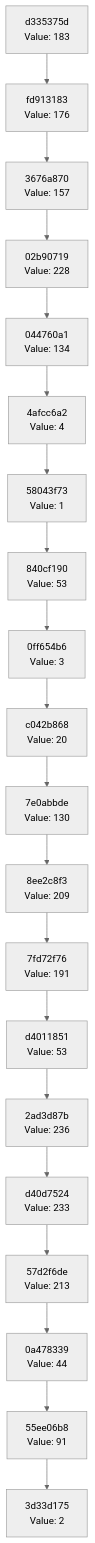
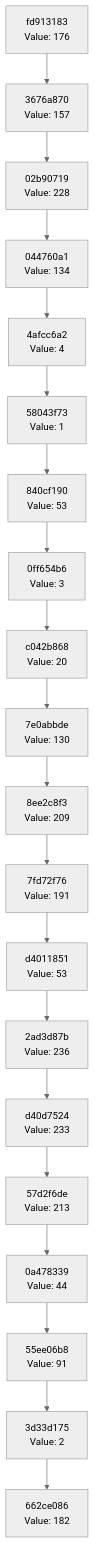
The diagram in docs/CHAIN_VISUALIZATION.md (Abhisheksinha1506/hash-chain-evolver), drawn with Mermaid (neutral theme) before and after one commit. The commit also changed 3 other files, not shown here.

````diff
--- a/docs/CHAIN_VISUALIZATION.md
+++ b/docs/CHAIN_VISUALIZATION.md
@@ -3,42 +3,42 @@
 ```mermaid
 graph TD
-    C0["3d33d175<br/>Value: 2"]
-    C1["55ee06b8<br/>Value: 91"]
+    C0["662ce086<br/>Value: 182"]
+    C1["3d33d175<br/>Value: 2"]
     C1 --> C0
-    C2["0a478339<br/>Value: 44"]
+    C2["55ee06b8<br/>Value: 91"]
     C2 --> C1
-    C3["57d2f6de<br/>Value: 213"]
+    C3["0a478339<br/>Value: 44"]
     C3 --> C2
-    C4["d40d7524<br/>Value: 233"]
+    C4["57d2f6de<br/>Value: 213"]
     C4 --> C3
-    C5["2ad3d87b<br/>Value: 236"]
+    C5["d40d7524<br/>Value: 233"]
     C5 --> C4
-    C6["d4011851<br/>Value: 53"]
+    C6["2ad3d87b<br/>Value: 236"]
     C6 --> C5
-    C7["7fd72f76<br/>Value: 191"]
+    C7["d4011851<br/>Value: 53"]
     C7 --> C6
-    C8["8ee2c8f3<br/>Value: 209"]
+    C8["7fd72f76<br/>Value: 191"]
     C8 --> C7
-    C9["7e0abbde<br/>Value: 130"]
+    C9["8ee2c8f3<br/>Value: 209"]
     C9 --> C8
-    C10["c042b868<br/>Value: 20"]
+    C10["7e0abbde<br/>Value: 130"]
     C10 --> C9
-    C11["0ff654b6<br/>Value: 3"]
+    C11["c042b868<br/>Value: 20"]
     C11 --> C10
-    C12["840cf190<br/>Value: 53"]
+    C12["0ff654b6<br/>Value: 3"]
     C12 --> C11
-    C13["58043f73<br/>Value: 1"]
+    C13["840cf190<br/>Value: 53"]
     C13 --> C12
-    C14["4afcc6a2<br/>Value: 4"]
+    C14["58043f73<br/>Value: 1"]
     C14 --> C13
-    C15["044760a1<br/>Value: 134"]
+    C15["4afcc6a2<br/>Value: 4"]
     C15 --> C14
-    C16["02b90719<br/>Value: 228"]
+    C16["044760a1<br/>Value: 134"]
     C16 --> C15
-    C17["3676a870<br/>Value: 157"]
+    C17["02b90719<br/>Value: 228"]
     C17 --> C16
-    C18["fd913183<br/>Value: 176"]
+    C18["3676a870<br/>Value: 157"]
     C18 --> C17
-    C19["d335375d<br/>Value: 183"]
+    C19["fd913183<br/>Value: 176"]
     C19 --> C18
 ```
````
